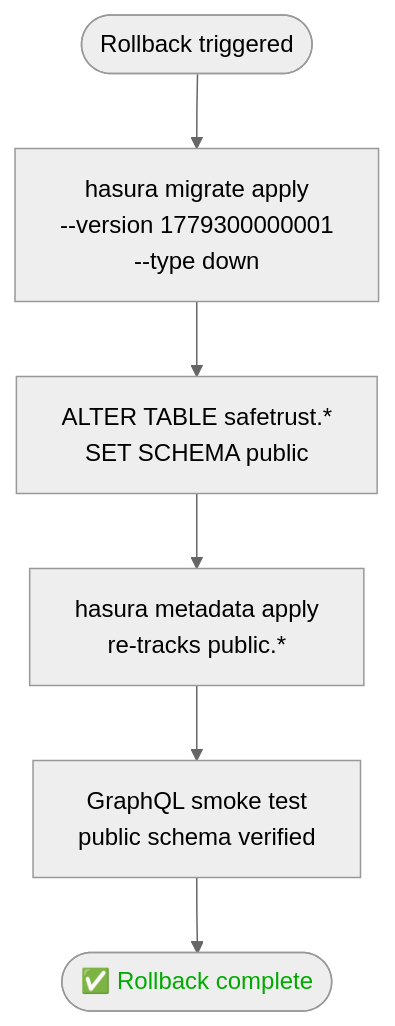
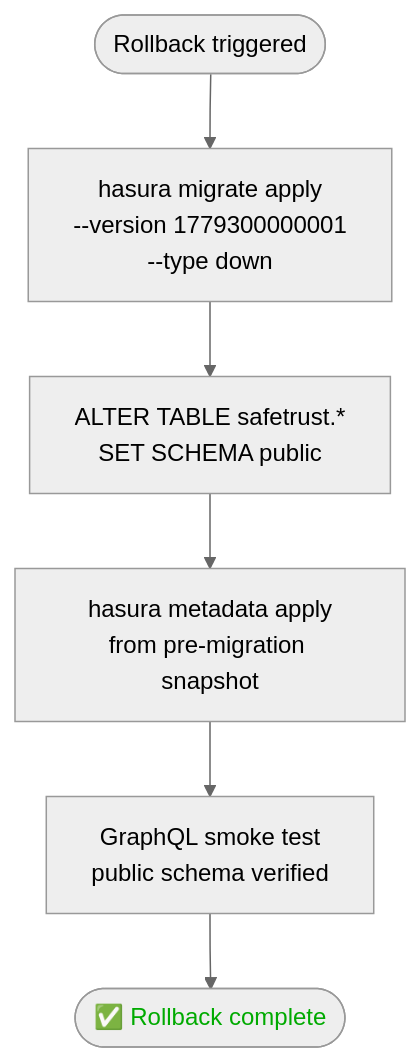
One commit to safetrustcr/backend-SafeTrust changed the fifth of 6 diagrams in docs/migrations/safetrust-schema-migration.md. Above: the diagram before and after it, drawn with Mermaid (neutral theme). The commit also changed other lines of this file, not shown here.

Commit message:
docs: address CodeRabbit review comments on schema migration doc

````diff
--- a/docs/migrations/safetrust-schema-migration.md
+++ b/docs/migrations/safetrust-schema-migration.md
@@ -128,10 +137,10 @@
 ```mermaid
 flowchart TD
-    A([Rollback triggered]) --> B[hasura migrate apply\n--version 1779300000001\n--type down]
-    B --> C[ALTER TABLE safetrust.*\nSET SCHEMA public]
-    C --> D[hasura metadata apply\nre-tracks public.*]
-    D --> E[GraphQL smoke test\npublic schema verified]
+    A([Rollback triggered]) --> B[hasura migrate apply<br/>--version 1779300000001<br/>--type down]
+    B --> C[ALTER TABLE safetrust.*<br/>SET SCHEMA public]
+    C --> D[hasura metadata apply<br/>from pre-migration snapshot]
+    D --> E[GraphQL smoke test<br/>public schema verified]
     E --> F([✅ Rollback complete])
 
     style F color:#00aa00
 ```
````
